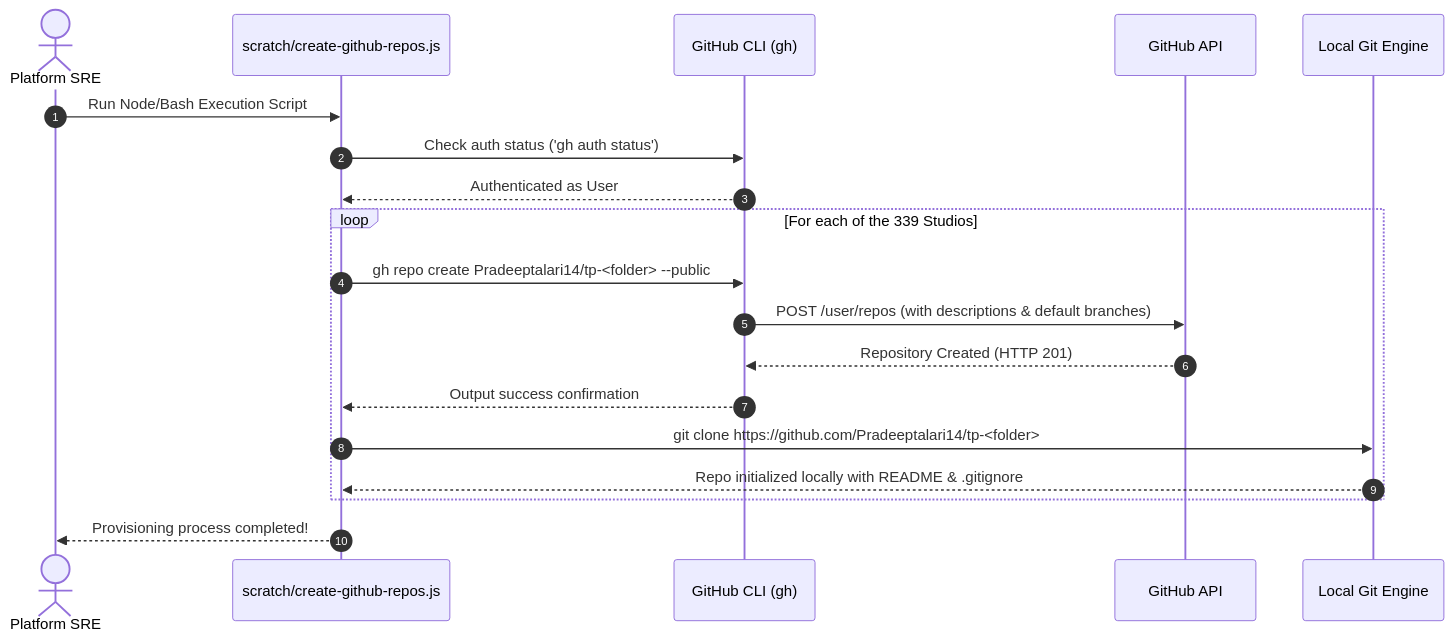
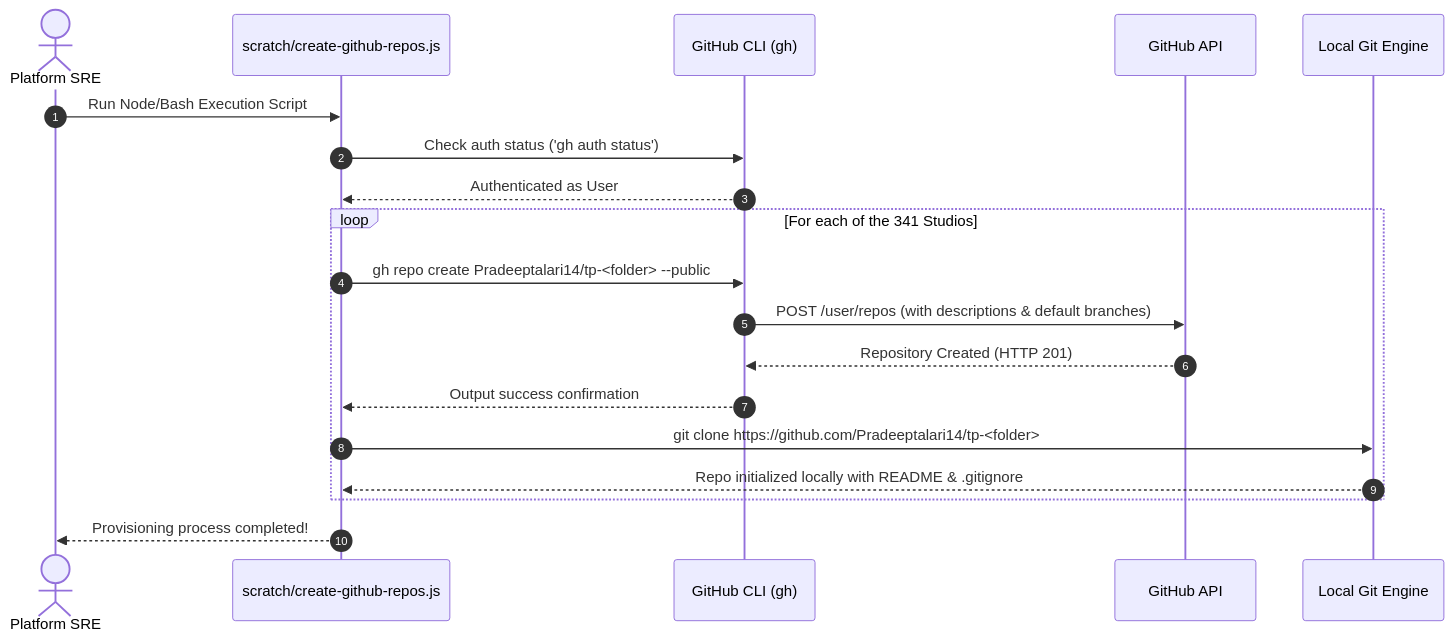
The first of 2 diagrams in GITHUB_PROVISIONING_GUIDE.md (Pradeeptalari14/portfolio), drawn with Mermaid before and after one commit. The commit also changed other lines of this file and 5 other files, not shown here.

````diff
--- a/GITHUB_PROVISIONING_GUIDE.md
+++ b/GITHUB_PROVISIONING_GUIDE.md
@@ -25,22 +25,22 @@
 ```mermaid
 sequenceDiagram
     autonumber
     actor Engineer as Platform SRE
     participant Script as scratch/create-github-repos.js
     participant gh as GitHub CLI (gh)
     participant API as GitHub API
     participant Git as Local Git Engine
 
     Engineer->>Script: Run Node/Bash Execution Script
     Script->>gh: Check auth status ('gh auth status')
     gh-->>Script: Authenticated as User
-    loop For each of the 339 Studios
+    loop For each of the 341 Studios
         Script->>gh: gh repo create Pradeeptalari14/tp-<folder> --public
         gh->>API: POST /user/repos (with descriptions & default branches)
         API-->>gh: Repository Created (HTTP 201)
         gh-->>Script: Output success confirmation
         Script->>Git: git clone https://github.com/Pradeeptalari14/tp-<folder>
         Git-->>Script: Repo initialized locally with README & .gitignore
     end
     Script-->>Engineer: Provisioning process completed!
 ```
````
